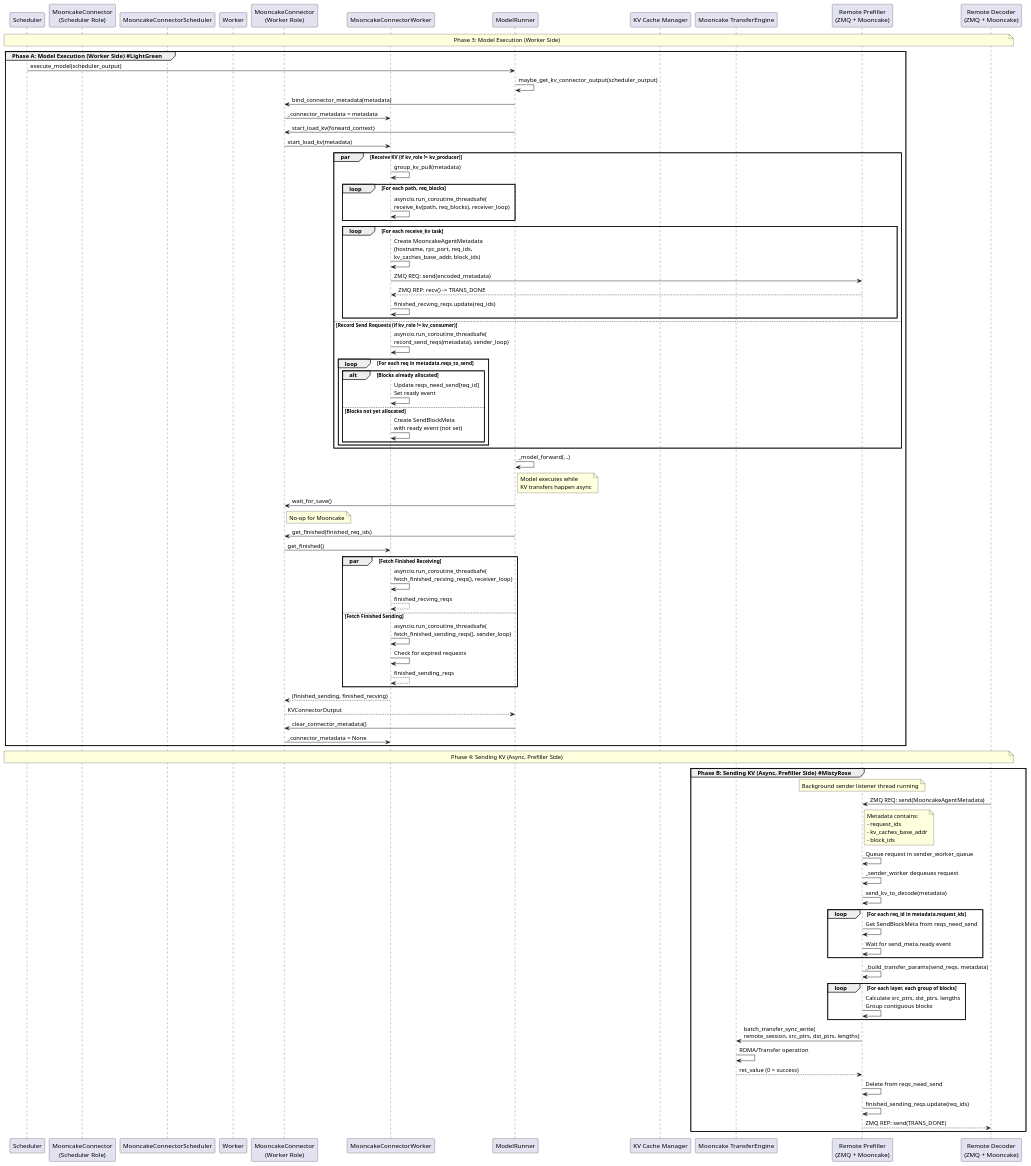
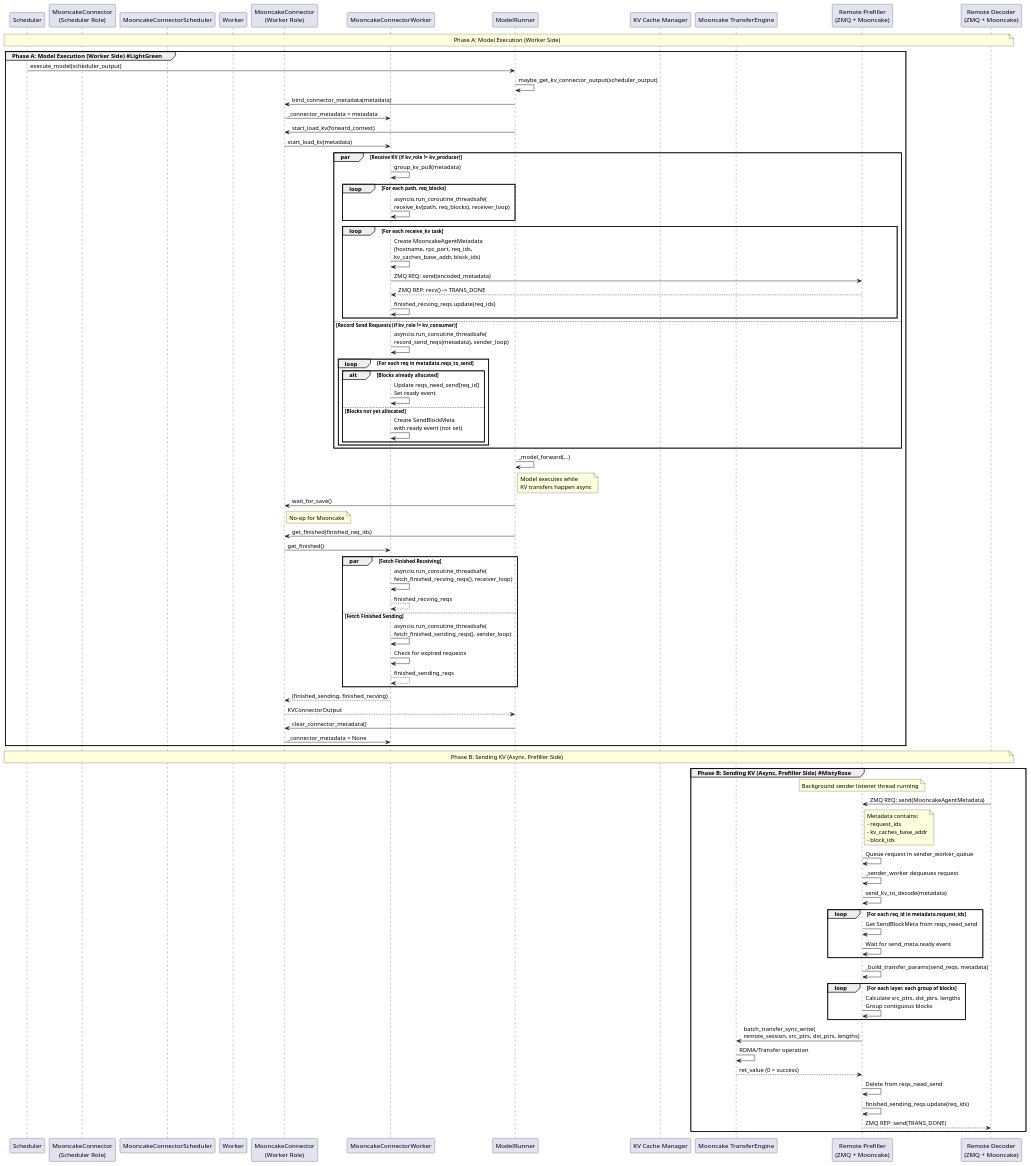
Before and after one commit to syedmba/vllm: the diagram in docs/design/mooncake_simple.puml, drawn with PlantUML. The commit also changed 2 other files, not shown here.

```diff
--- a/docs/design/mooncake_simple.puml
+++ b/docs/design/mooncake_simple.puml
@@ -1,103 +1,103 @@
 @startuml
 ' !theme plain
 
 participant "Scheduler" as Scheduler
 participant "MooncakeConnector\n(Scheduler Role)" as SchedConnector
 participant "MooncakeConnectorScheduler" as SchedImpl
 participant "Worker" as Worker
 participant "MooncakeConnector\n(Worker Role)" as WorkerConnector
 participant "MooncakeConnectorWorker" as WorkerImpl
 participant "ModelRunner" as ModelRunner
 participant "KV Cache Manager" as KVManager
 participant "Mooncake TransferEngine" as MooncakeEngine
 participant "Remote Prefiller\n(ZMQ + Mooncake)" as RemotePrefiller
 participant "Remote Decoder\n(ZMQ + Mooncake)" as RemoteDecoder
 
-note over Scheduler, RemoteDecoder: Phase 3: Model Execution (Worker Side)
+note over Scheduler, RemoteDecoder: Phase A: Model Execution (Worker Side)
 
 group Phase A: Model Execution (Worker Side) #LightGreen
     Scheduler -> ModelRunner: execute_model(scheduler_output)
     ModelRunner -> ModelRunner: maybe_get_kv_connector_output(scheduler_output)
     ModelRunner -> WorkerConnector: bind_connector_metadata(metadata)
     WorkerConnector -> WorkerImpl: _connector_metadata = metadata
 
     ModelRunner -> WorkerConnector: start_load_kv(forward_context)
     WorkerConnector -> WorkerImpl: start_load_kv(metadata)
     
     par Receive KV (if kv_role != kv_producer)
         WorkerImpl -> WorkerImpl: group_kv_pull(metadata)
         loop For each path, req_blocks
             WorkerImpl -> WorkerImpl: asyncio.run_coroutine_threadsafe(\nreceive_kv(path, req_blocks), receiver_loop)
         end
         
         loop For each receive_kv task
             WorkerImpl -> WorkerImpl: Create MooncakeAgentMetadata\n(hostname, rpc_port, req_ids,\nkv_caches_base_addr, block_ids)
             WorkerImpl -> RemotePrefiller: ZMQ REQ: send(encoded_metadata)
             RemotePrefiller --> WorkerImpl: ZMQ REP: recv() -> TRANS_DONE
             WorkerImpl -> WorkerImpl: finished_recving_reqs.update(req_ids)
         end
     else Record Send Requests (if kv_role != kv_consumer)
         WorkerImpl -> WorkerImpl: asyncio.run_coroutine_threadsafe(\nrecord_send_reqs(metadata), sender_loop)
         loop For each req in metadata.reqs_to_send
             alt Blocks already allocated
                 WorkerImpl -> WorkerImpl: Update reqs_need_send[req_id]\nSet ready event
             else Blocks not yet allocated
                 WorkerImpl -> WorkerImpl: Create SendBlockMeta\nwith ready event (not set)
             end
         end
     end
 
     ModelRunner -> ModelRunner: _model_forward(...)
     note right of ModelRunner: Model executes while\nKV transfers happen async
 
     ModelRunner -> WorkerConnector: wait_for_save()
     note right of WorkerConnector: No-op for Mooncake
 
     ModelRunner -> WorkerConnector: get_finished(finished_req_ids)
     WorkerConnector -> WorkerImpl: get_finished()
     par Fetch Finished Receiving
         WorkerImpl -> WorkerImpl: asyncio.run_coroutine_threadsafe(\nfetch_finished_recving_reqs(), receiver_loop)
         WorkerImpl --> WorkerImpl: finished_recving_reqs
     else Fetch Finished Sending
         WorkerImpl -> WorkerImpl: asyncio.run_coroutine_threadsafe(\nfetch_finished_sending_reqs(), sender_loop)
         WorkerImpl -> WorkerImpl: Check for expired requests
         WorkerImpl --> WorkerImpl: finished_sending_reqs
     end
     WorkerImpl --> WorkerConnector: (finished_sending, finished_recving)
     WorkerConnector --> ModelRunner: KVConnectorOutput
 
     ModelRunner -> WorkerConnector: clear_connector_metadata()
     WorkerConnector -> WorkerImpl: _connector_metadata = None
 end
 
-note over Scheduler, RemoteDecoder: Phase 4: Sending KV (Async, Prefiller Side)
+note over Scheduler, RemoteDecoder: Phase B: Sending KV (Async, Prefiller Side)
 
 group Phase B: Sending KV (Async, Prefiller Side) #MistyRose
     note over RemotePrefiller: Background sender listener thread running
     RemoteDecoder -> RemotePrefiller: ZMQ REQ: send(MooncakeAgentMetadata)
     note right of RemotePrefiller: Metadata contains:\n- request_ids\n- kv_caches_base_addr\n- block_ids
     
     RemotePrefiller -> RemotePrefiller: Queue request in sender_worker_queue
     RemotePrefiller -> RemotePrefiller: _sender_worker dequeues request
     
     RemotePrefiller -> RemotePrefiller: send_kv_to_decode(metadata)
     loop For each req_id in metadata.request_ids
         RemotePrefiller -> RemotePrefiller: Get SendBlockMeta from reqs_need_send
         RemotePrefiller -> RemotePrefiller: Wait for send_meta.ready event
     end
     
     RemotePrefiller -> RemotePrefiller: _build_transfer_params(send_reqs, metadata)
     loop For each layer, each group of blocks
         RemotePrefiller -> RemotePrefiller: Calculate src_ptrs, dst_ptrs, lengths\nGroup contiguous blocks
     end
     
     RemotePrefiller -> MooncakeEngine: batch_transfer_sync_write(\nremote_session, src_ptrs, dst_ptrs, lengths)
     MooncakeEngine -> MooncakeEngine: RDMA/Transfer operation
     MooncakeEngine --> RemotePrefiller: ret_value (0 = success)
     
     RemotePrefiller -> RemotePrefiller: Delete from reqs_need_send
     RemotePrefiller -> RemotePrefiller: finished_sending_reqs.update(req_ids)
     RemotePrefiller --> RemoteDecoder: ZMQ REP: send(TRANS_DONE)
 end
 
 @enduml
```
